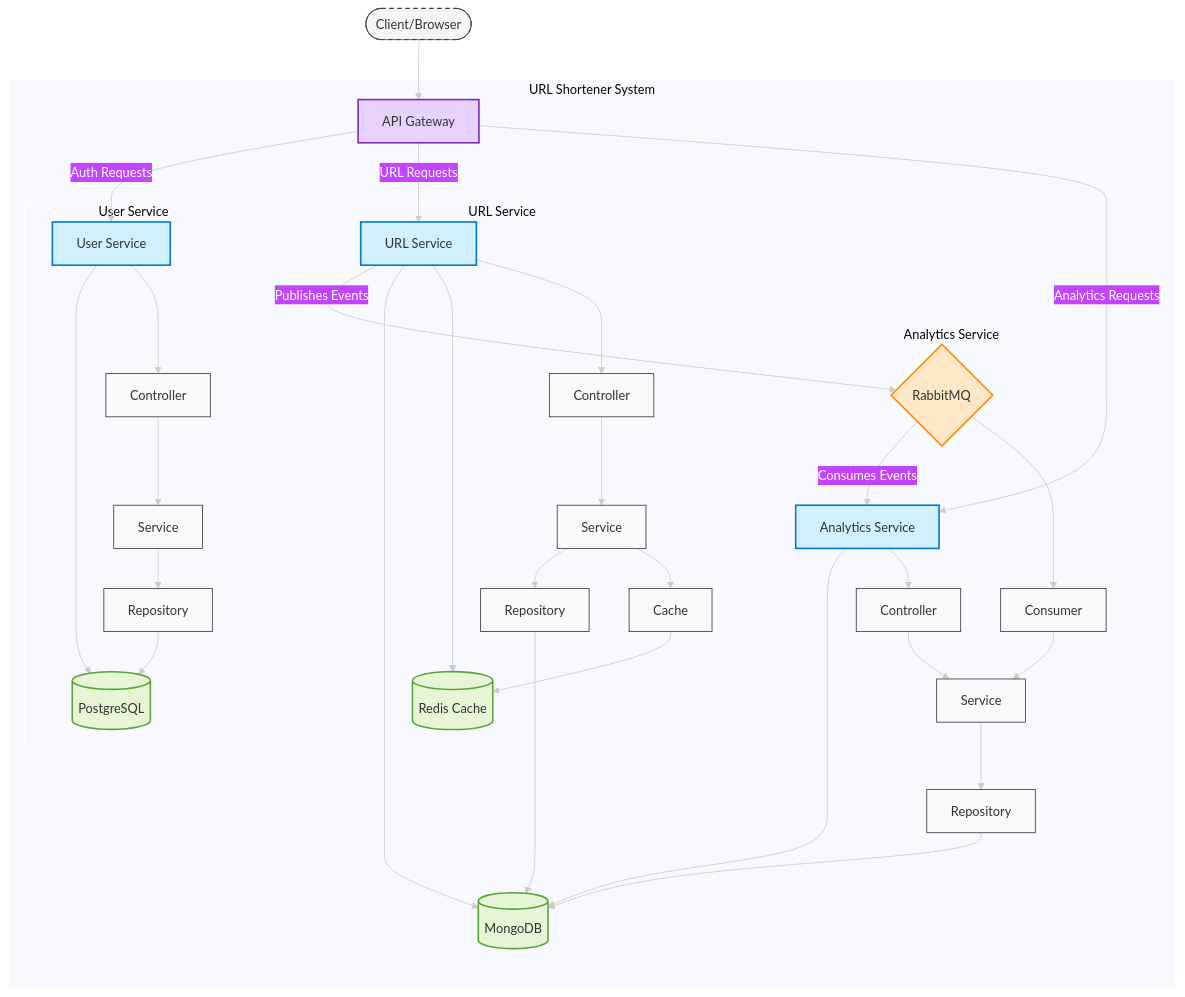
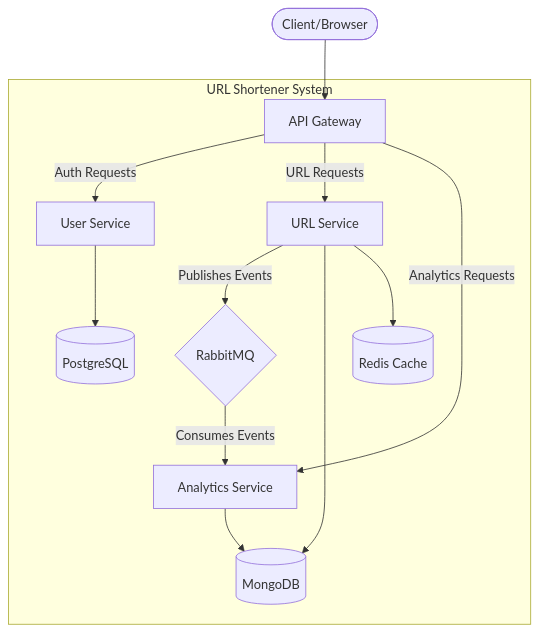
The diagram in README.md (ayushjoshi45/url-shortener), drawn with Mermaid before and after one commit. The commit also changed other lines of this file, not shown here.

Commit message:
docs: rewrite readme with setup, env reference and architecture

````diff
--- a/README.md
+++ b/README.md
@@ -19,60 +22,18 @@
 ```mermaid
-%%{init: {'theme': 'base', 'themeVariables': { 'darkMode': true, 'background': '#333', 'primaryTextColor': '#fff' }}}%%
 graph TD
     Client([Client/Browser]) --> Gateway[API Gateway]
 
     subgraph "URL Shortener System"
         Gateway --> |Auth Requests| UserService[User Service]
         Gateway --> |URL Requests| URLService[URL Service]
         Gateway --> |Analytics Requests| AnalyticsService[Analytics Service]
 
         URLService --> |Publishes Events| RabbitMQ{RabbitMQ}
         RabbitMQ --> |Consumes Events| AnalyticsService
 
         URLService --> MongoDB[(MongoDB)]
         URLService --> Redis[(Redis Cache)]
         UserService --> PostgreSQL[(PostgreSQL)]
         AnalyticsService --> MongoDB
-
-        subgraph "User Service"
-            UserService --> UserController[Controller]
-            UserController --> UserService_Service[Service]
-            UserService_Service --> UserRepository[Repository]
-            UserRepository --> PostgreSQL
-        end
-
-        subgraph "URL Service"
-            URLService --> URLController[Controller]
-            URLController --> URLService_Service[Service]
-            URLService_Service --> URLRepository[Repository]
-            URLRepository --> MongoDB
-            URLService_Service --> URLCache[Cache]
-            URLCache --> Redis
-        end
-
-        subgraph "Analytics Service"
-            AnalyticsService --> AnalyticsController[Controller]
-            AnalyticsController --> AnalyticsService_Service[Service]
-            AnalyticsService_Service --> AnalyticsRepository[Repository]
-            AnalyticsRepository --> MongoDB
-            RabbitMQ --> AnalyticsConsumer[Consumer]
-            AnalyticsConsumer --> AnalyticsService_Service
-        end
     end
-
-    class Client,Gateway,UserService,URLService,AnalyticsService,RabbitMQ,MongoDB,Redis,PostgreSQL,UserController,UserService_Service,UserRepository,URLController,URLService_Service,URLRepository,URLCache,AnalyticsController,AnalyticsService_Service,AnalyticsRepository,AnalyticsConsumer nodeStyle
-
-    %% Styles that work in both light and dark modes
-    classDef nodeStyle fill:#f9f9f9,stroke:#333,stroke-width:1px,color:#333
-    classDef microservice fill:#d1f0fd,stroke:#0078d4,stroke-width:2px,color:#333
-    classDef database fill:#e7f5d7,stroke:#5ca53a,stroke-width:2px,color:#333
-    classDef messagebroker fill:#fde7c7,stroke:#ff8c00,stroke-width:2px,color:#333
-    classDef gateway fill:#e7d1fd,stroke:#7b2cbf,stroke-width:2px,color:#333
-    classDef client fill:#f5f5f5,stroke:#333,stroke-width:1px,stroke-dasharray: 5 5,color:#333
-
-    class UserService,URLService,AnalyticsService microservice
-    class MongoDB,PostgreSQL,Redis database
-    class RabbitMQ messagebroker
-    class Gateway gateway
-    class Client client
 ```
````
